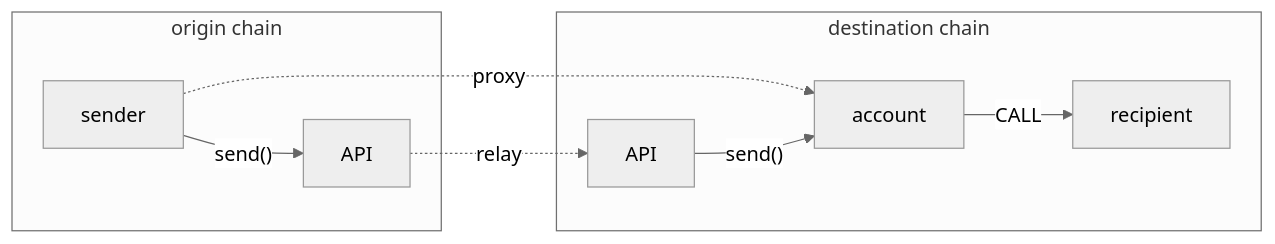
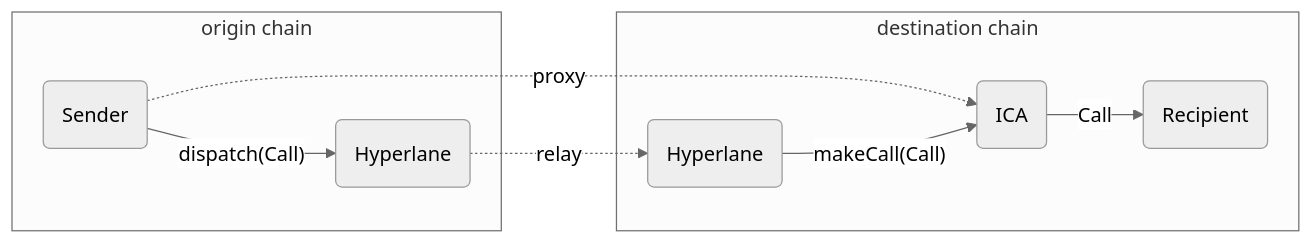
One commit to hyperlane-xyz/v2-docs changed the diagram in developers/send/README.md. Above: the diagram before and after it, drawn with Mermaid. The commit also changed 6 other files, not shown here.

Commit message:
GitBook: [#208] Diagram Update + Rename to Liquidity Layer

````diff
--- a/developers/send/README.md
+++ b/developers/send/README.md
@@ -11,15 +11,15 @@
 ```mermaid
 %%{init: {'theme': 'neutral', 'themeCSS': '.node rect { fill: #025AA1 } .edgeLabel { color: black } .nodeLabel { color: white }'}}%%
 flowchart LR
 	subgraph origin chain
-		sender --"send()"--> ICAO[API]
+		sender --"dispatch(Call)"--> HypO(Hyperlane)
 	end
 
-	ICAO -."relay".-> ICAD
-	sender -."proxy".->account
+	HypO -."relay".-> HypD
+	sender(Sender) -."proxy".-> ICAD
 
 	subgraph destination chain
-		ICAD[API] --"send()"--> account
-		account --"CALL"--> recipient
+		HypD(Hyperlane) --"makeCall(Call)"--> ICAD(ICA)
+		ICAD(ICA) --"Call"--> recipient(Recipient)
 	end
 ```
````
